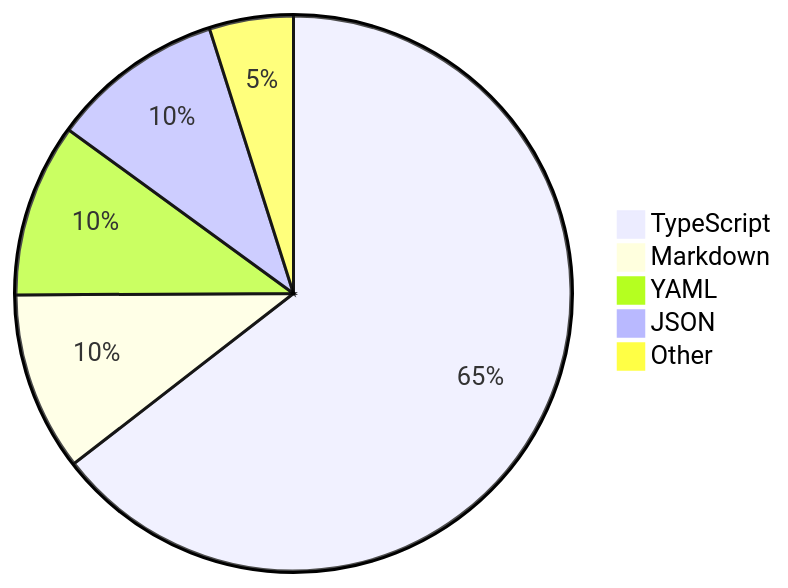
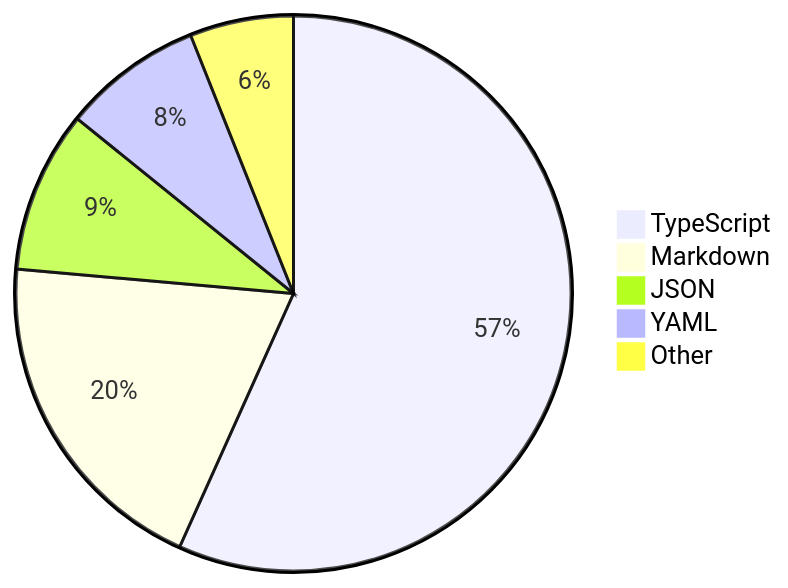
The diagram in README.md (skvggor/skvggor), drawn with Mermaid before and after one commit.

Commit message:
Updated waka-readme graph with new metrics

````diff
--- a/README.md
+++ b/README.md
@@ -34,8 +34,8 @@
 ```mermaid
 pie
-    "TypeScript" : 60.7
-    "Markdown" : 9.8
-    "YAML" : 9.5
-    "JSON" : 9.5
-    "Other" : 4.6
+    "TypeScript" : 53.6
+    "Markdown" : 18.6
+    "JSON" : 8.9
+    "YAML" : 7.7
+    "Other" : 5.7
 ```
````
